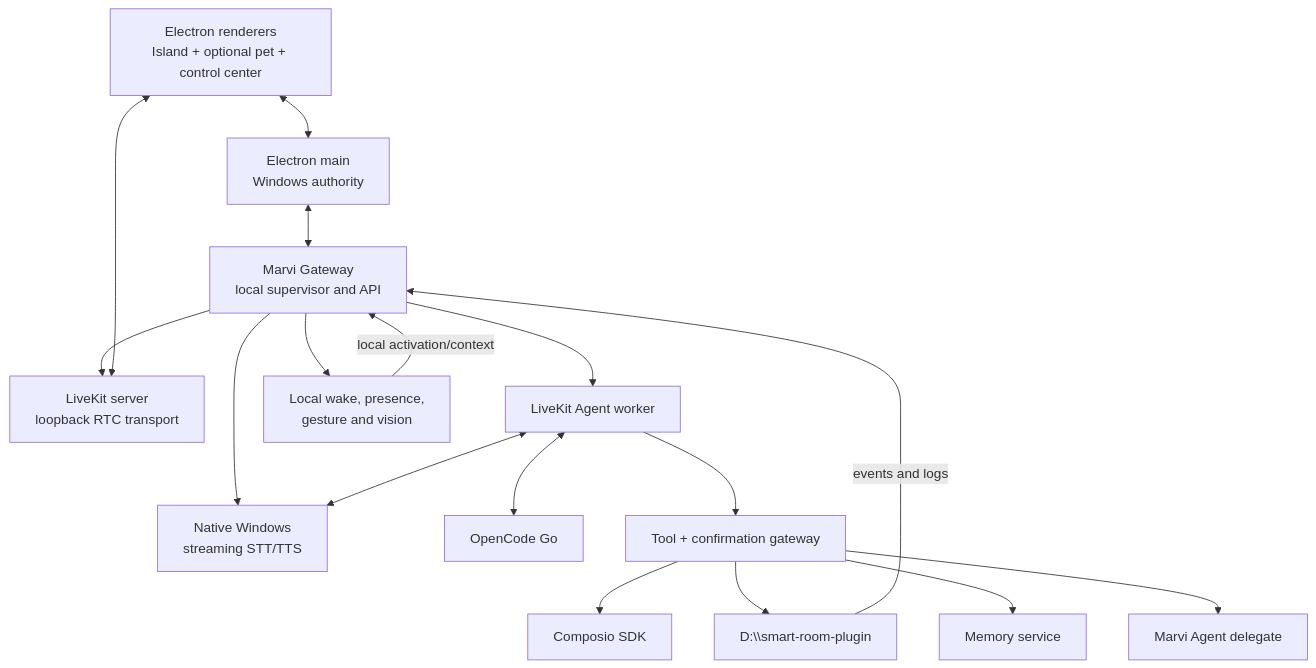
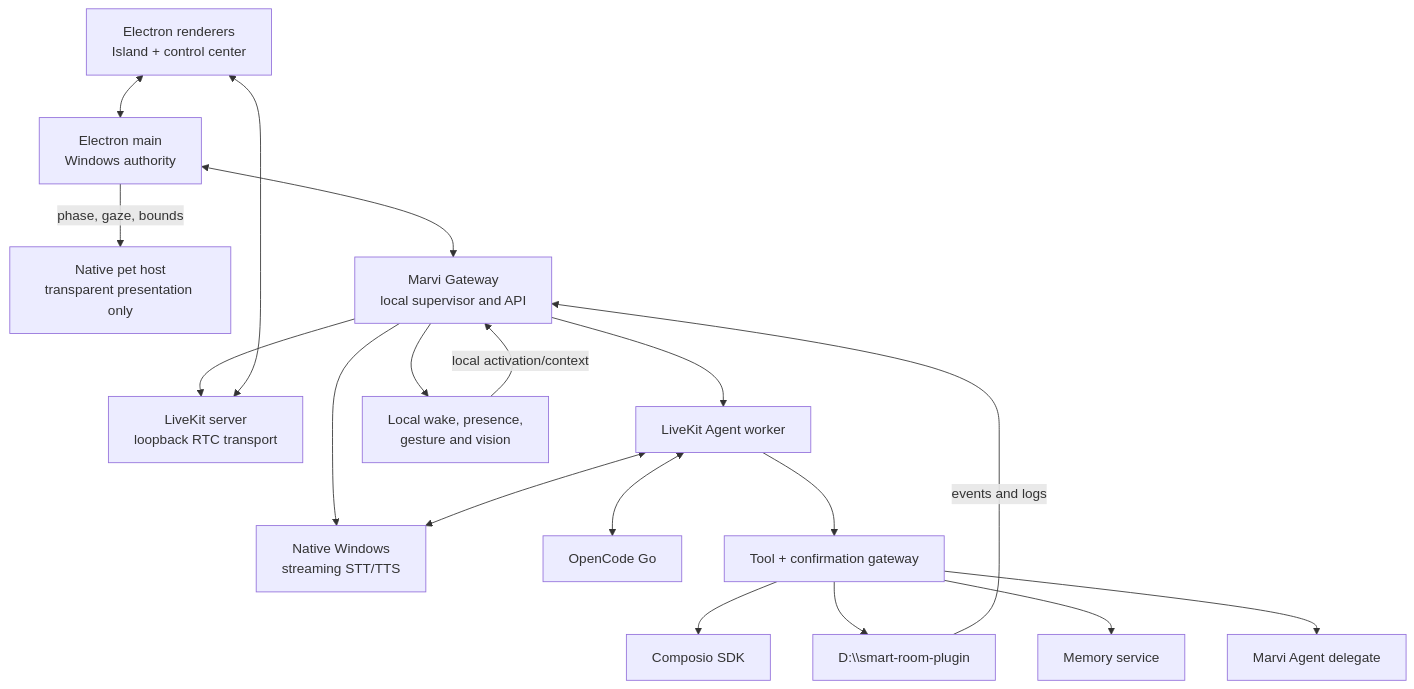
The diagram in docs/ARCHITECTURE.md (xRetr00/Marvi-OS), drawn with Mermaid before and after one commit. The commit also changed other lines of this file and 21 other files, not shown here.

Commit message:
feat: complete native pet helper spike

````diff
--- a/docs/ARCHITECTURE.md
+++ b/docs/ARCHITECTURE.md
@@ -11,33 +11,35 @@
 ```mermaid
 flowchart TB
-    UI["Electron renderers<br/>Island + optional pet + control center"]
+    UI["Electron renderers<br/>Island + control center"]
     Main["Electron main<br/>Windows authority"]
+    Pet["Native pet host<br/>transparent presentation only"]
     Gateway["Marvi Gateway<br/>local supervisor and API"]
     LK["LiveKit server<br/>loopback RTC transport"]
     Agent["LiveKit Agent worker"]
     Voice["Native Windows<br/>streaming STT/TTS"]
     Sensors["Local wake, presence,<br/>gesture and vision"]
     LLM["OpenCode Go"]
     Tools["Tool + confirmation gateway"]
     Composio["Composio SDK"]
     Room["D:\\smart-room-plugin"]
     Memory["Memory service"]
     Deep["Marvi Agent delegate"]
 
     UI <--> Main
+    Main -->|phase, gaze, bounds| Pet
     Main <--> Gateway
     Gateway --> LK
     Gateway --> Agent
     Gateway --> Voice
     Gateway --> Sensors
     UI <--> LK
     Agent <--> Voice
     Agent <--> LLM
     Agent --> Tools
     Tools --> Composio
     Tools --> Room
     Tools --> Memory
     Tools --> Deep
     Room -->|events and logs| Gateway
     Sensors -->|local activation/context| Gateway
 ```
````
